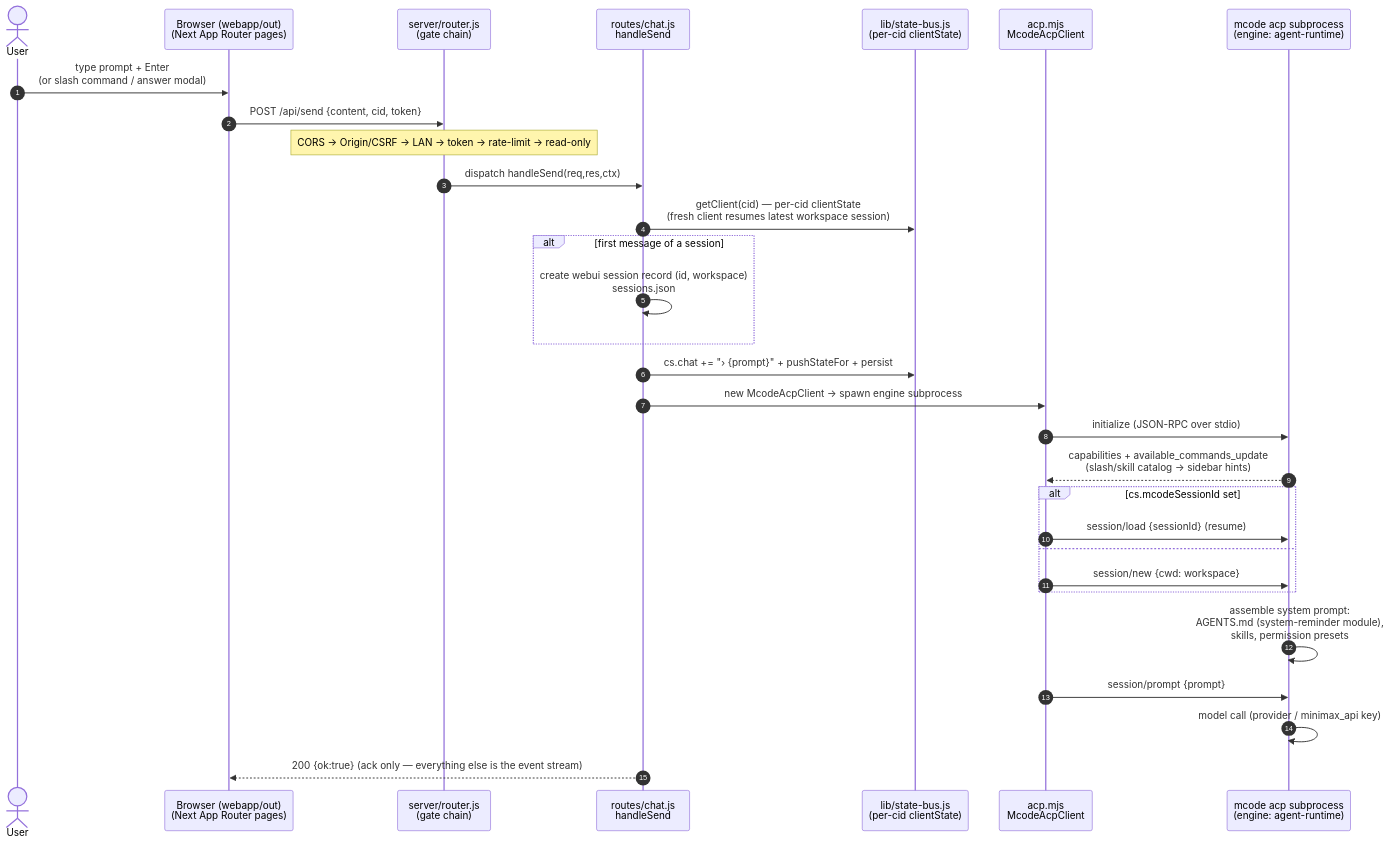
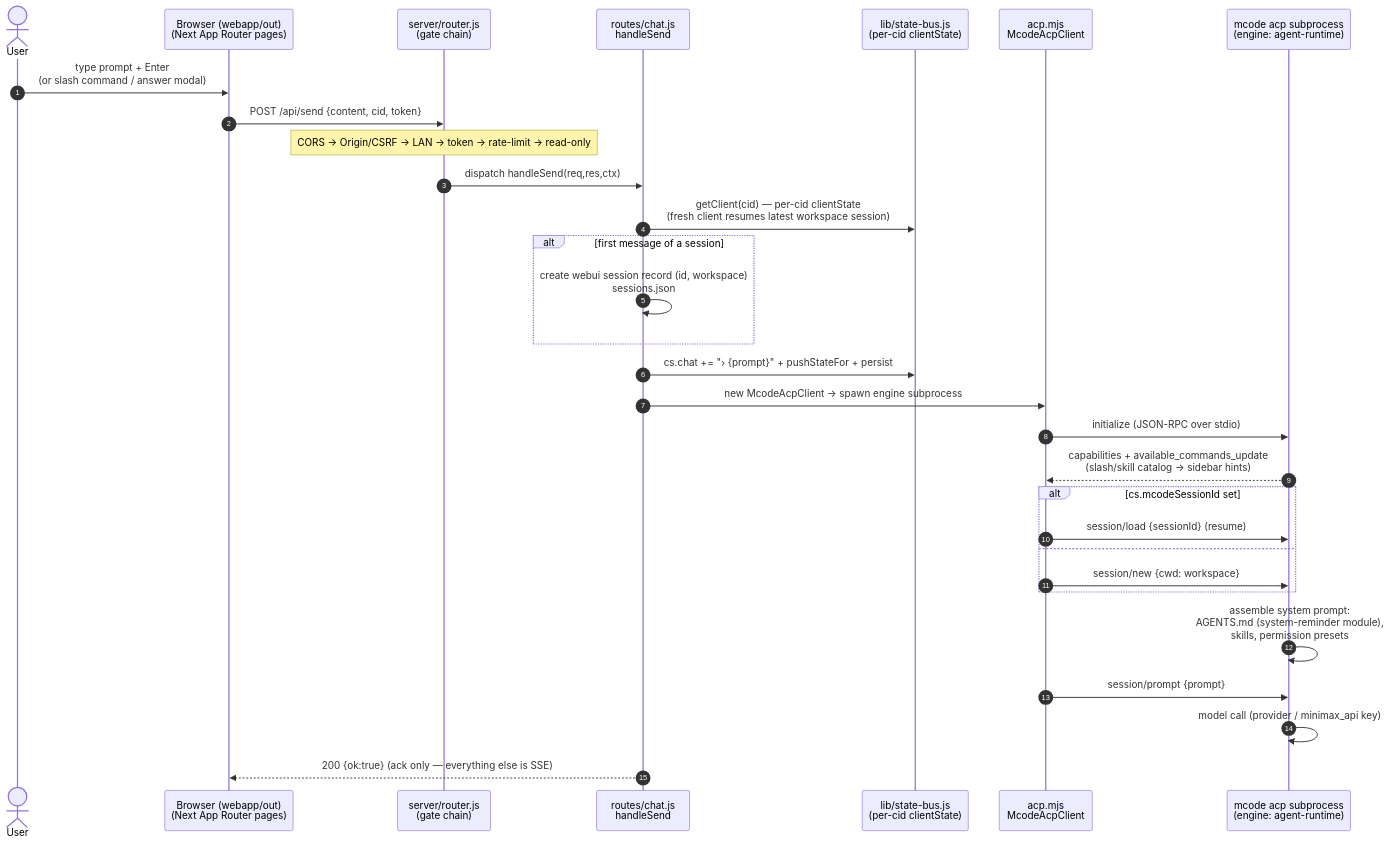
One commit to mcode-webui/minimax-code-web changed the first of 4 diagrams in packages/webui/docs/ARCHITECTURE.md. Above: the diagram before and after it, drawn with Mermaid. The commit also changed other lines of this file and 68 other files, not shown here.

````diff
--- a/packages/webui/docs/ARCHITECTURE.md
+++ b/packages/webui/docs/ARCHITECTURE.md
@@ -138,33 +138,33 @@
 ```mermaid
 sequenceDiagram
     autonumber
     actor U as User
     participant B as Browser (webapp/out)<br/>(Next App Router pages)
     participant R as server/router.js<br/>(gate chain)
     participant C as routes/chat.js<br/>handleSend
     participant S as lib/state-bus.js<br/>(per-cid clientState)
     participant A as acp.mjs<br/>McodeAcpClient
     participant E as mcode acp subprocess<br/>(engine: agent-runtime)
 
     U->>B: type prompt + Enter<br/>(or slash command / answer modal)
     B->>R: POST /api/send {content, cid, token}
     Note over R: CORS → Origin/CSRF → LAN → token → rate-limit → read-only
     R->>C: dispatch handleSend(req,res,ctx)
     C->>S: getClient(cid) — per-cid clientState<br/>(fresh client resumes latest workspace session)
     alt first message of a session
         C->>C: create webui session record (id, workspace)<br/>sessions.json
     end
     C->>S: cs.chat += "› {prompt}" + pushStateFor + persist
     C->>A: new McodeAcpClient → spawn engine subprocess
     A->>E: initialize (JSON-RPC over stdio)
     E-->>A: capabilities + available_commands_update<br/>(slash/skill catalog → sidebar hints)
     alt cs.mcodeSessionId set
         A->>E: session/load {sessionId} (resume)
     else
         A->>E: session/new {cwd: workspace}
     end
     E->>E: assemble system prompt:<br/>AGENTS.md (system-reminder module),<br/>skills, permission presets
     A->>E: session/prompt {prompt}
     E->>E: model call (provider / minimax_api key)
-    C-->>B: 200 {ok:true}  (ack only — everything else is the event stream)
+    C-->>B: 200 {ok:true}  (ack only — everything else is SSE)
 ```
````
